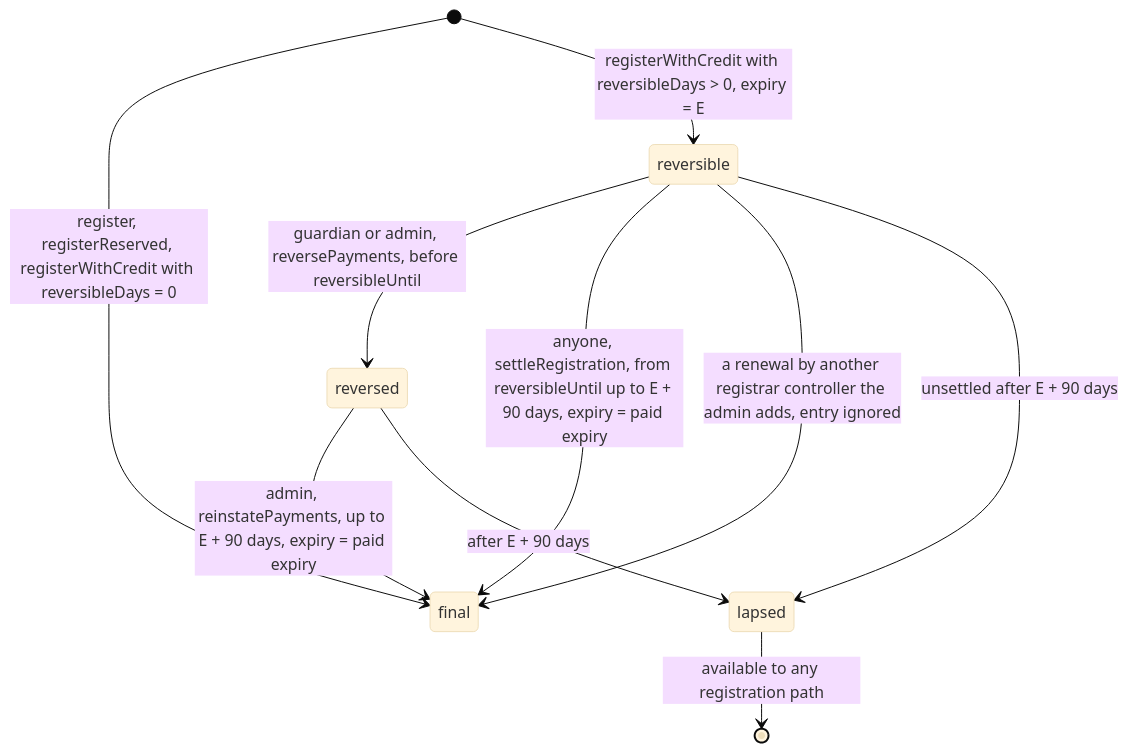
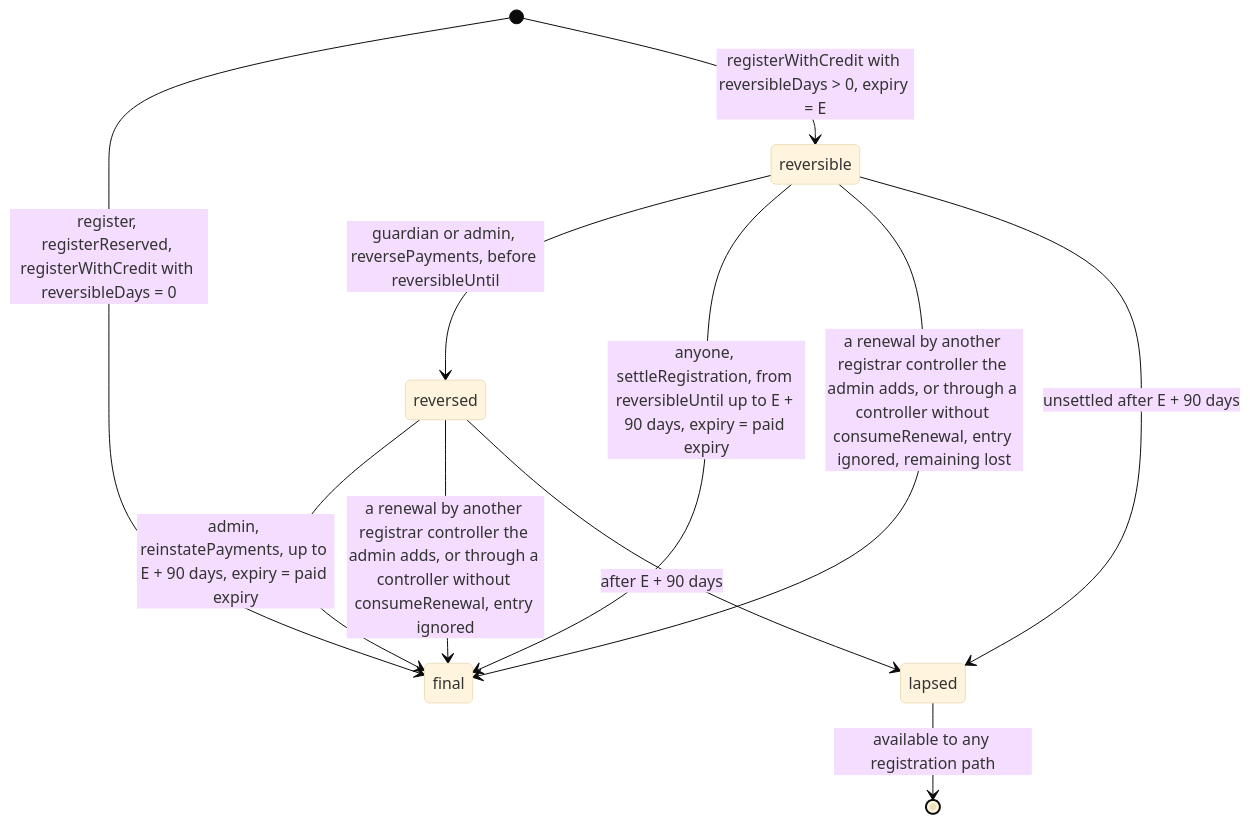
One commit to brenzi-agent/simplex-namespace-contract changed the first of 7 diagrams in docs/plans/payment-reversal.md. Above: the diagram before and after it, drawn with Mermaid (base theme). The commit also changed other lines of this file, not shown here.

````diff
--- a/docs/plans/payment-reversal.md
+++ b/docs/plans/payment-reversal.md
@@ -58,12 +60,13 @@
 ```mermaid
 stateDiagram-v2
   [*] --> final: register, registerReserved, registerWithCredit with reversibleDays = 0
   [*] --> reversible: registerWithCredit with reversibleDays > 0, expiry = E
   reversible --> reversed: guardian or admin, reversePayments, before reversibleUntil
   reversed --> final: admin, reinstatePayments, up to E + 90 days, expiry = paid expiry
   reversible --> final: anyone, settleRegistration, from reversibleUntil up to E + 90 days, expiry = paid expiry
-  reversible --> final: a renewal by another registrar controller the admin adds, entry ignored
+  reversible --> final: a renewal by another registrar controller the admin adds, or through a controller without consumeRenewal, entry ignored, remaining lost
+  reversed --> final: a renewal by another registrar controller the admin adds, or through a controller without consumeRenewal, entry ignored
   reversible --> lapsed: unsettled after E + 90 days
   reversed --> lapsed: after E + 90 days
   lapsed --> [*]: available to any registration path
 ```
````
